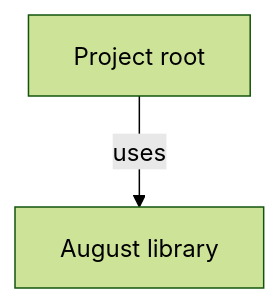
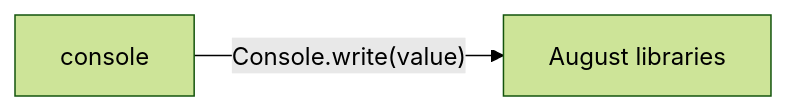
The second of 2 diagrams in docs/examples/new-syntax/diagrams/index.md (GreenPandaStudios/augscript), drawn with Mermaid (forest theme) before and after one commit. The commit also changed other lines of this file and 524 other files, not shown here.

Commit message:
Explain checked data flow at folder and service levels

````diff
--- a/docs/examples/new-syntax/diagrams/index.md
+++ b/docs/examples/new-syntax/diagrams/index.md
@@ -21,6 +34,6 @@
 ```mermaid
-flowchart TD
-    n0["August library"]
-    n1["Project root"]
-    n1 -->|"uses"| n0
+flowchart LR
+    n0["August libraries"]
+    n1["console"]
+    n1 -->|"Console.write(value)"| n0
 ```
````
